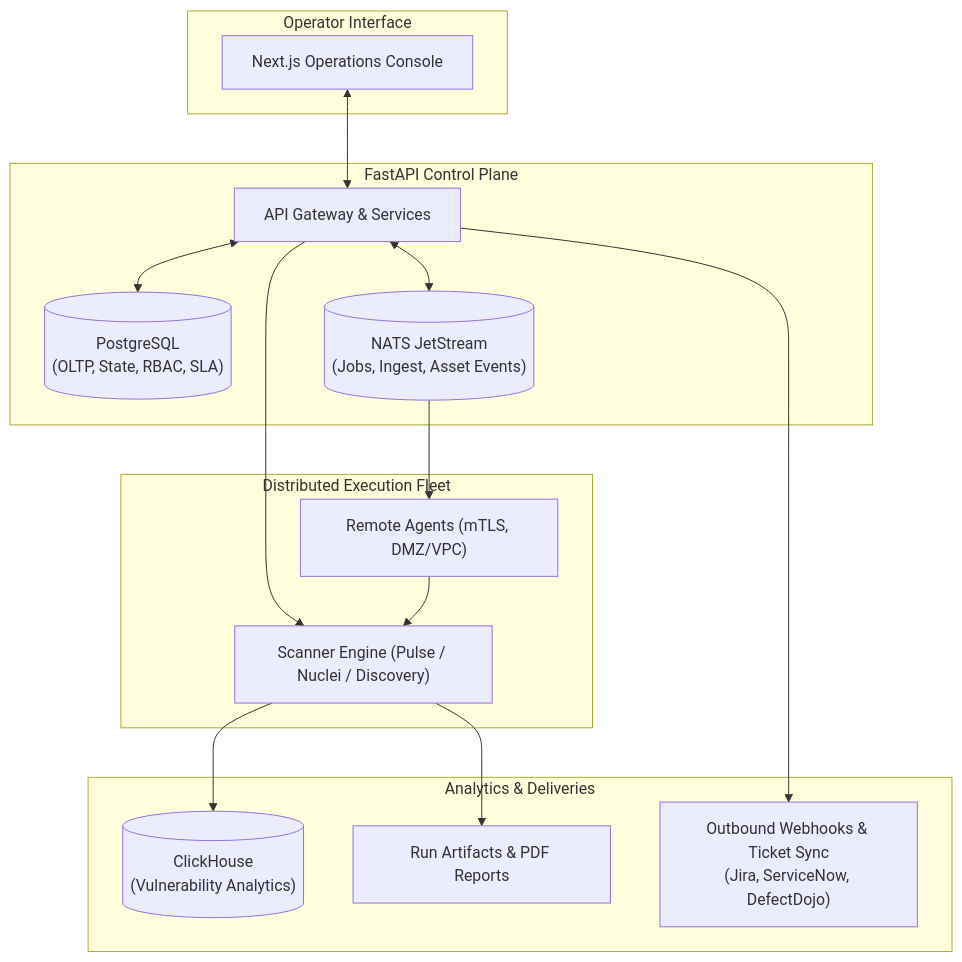
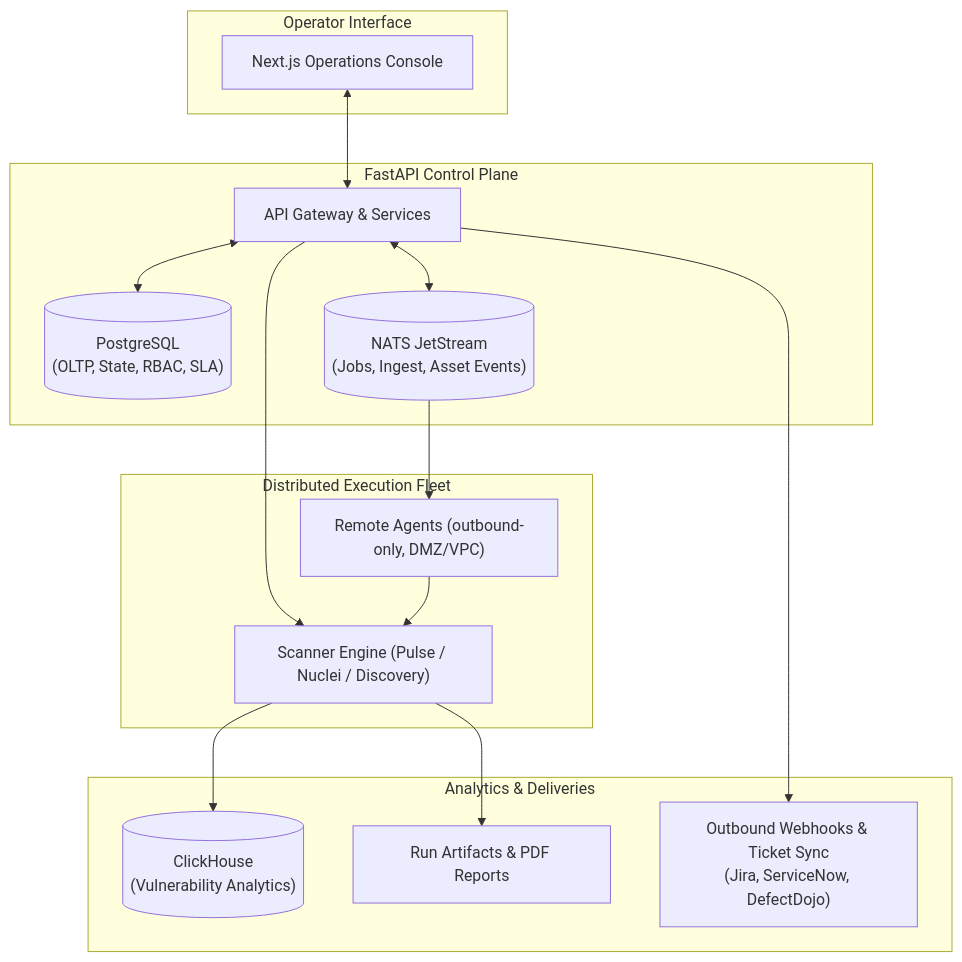
The second of 2 diagrams in README.md (onixus/Shapoclyack), drawn with Mermaid before and after one commit. The commit also changed other lines of this file and 14 other files, not shown here.

````diff
--- a/README.md
+++ b/README.md
@@ -133,33 +133,33 @@
 ```mermaid
 flowchart TD
     subgraph UI ["Operator Interface"]
         W["Next.js Operations Console"]
     end
 
     subgraph ControlPlane ["FastAPI Control Plane"]
         A["API Gateway & Services"]
         P[("PostgreSQL\n(OLTP, State, RBAC, SLA)")]
         N[("NATS JetStream\n(Jobs, Ingest, Asset Events)")]
     end
 
     subgraph Workers ["Distributed Execution Fleet"]
-        G["Remote Agents (mTLS, DMZ/VPC)"]
+        G["Remote Agents (outbound-only, DMZ/VPC)"]
         S["Scanner Engine (Pulse / Nuclei / Discovery)"]
     end
 
     subgraph Storage ["Analytics & Deliveries"]
         C[("ClickHouse\n(Vulnerability Analytics)")]
         R["Run Artifacts & PDF Reports"]
         F["Outbound Webhooks & Ticket Sync\n(Jira, ServiceNow, DefectDojo)"]
     end
 
     W <--> A
     A <--> P
     A <--> N
     N --> G
     A --> S
     G --> S
     S --> R
     S --> C
     A --> F
 ```
````
